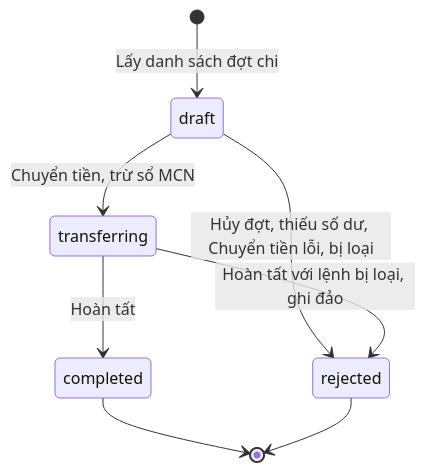
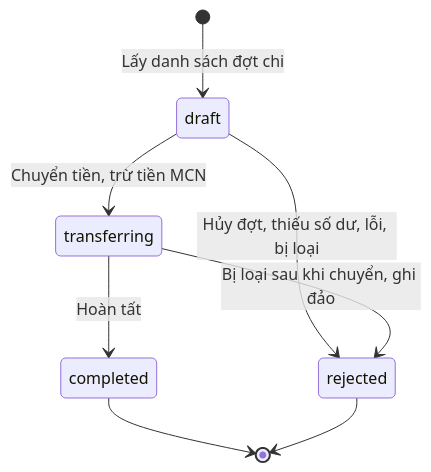
The fifth of 5 diagrams in mcn/techspec-mcn-phase1-2026-11-04.md (viewboost/accesstrade-docs), drawn with Mermaid before and after one commit. The commit also changed other lines of this file, not shown here.

Commit message:
docs(mcn): tech spec v3.0 - gop cac ban 1.0, 2.0, 2.1 thanh mot ban, viet gon (1402 -> 861 dong): bo phan so sanh giua cac ban, gop tom tat va hoi dap voi phan chi tiet, ADR thanh bang quyet dinh, cap nhat viec con lai theo code 9a599f27c

````diff
--- a/mcn/techspec-mcn-phase1-2026-11-04.md
+++ b/mcn/techspec-mcn-phase1-2026-11-04.md
@@ -854,10 +405,10 @@
 ```mermaid
 stateDiagram-v2
   [*] --> draft : Lấy danh sách đợt chi
-  draft --> rejected : Hủy đợt, thiếu số dư, Chuyển tiền lỗi, bị loại
-  draft --> transferring : Chuyển tiền, trừ sổ MCN
+  draft --> rejected : Hủy đợt, thiếu số dư, lỗi, bị loại
+  draft --> transferring : Chuyển tiền, trừ tiền MCN
   transferring --> completed : Hoàn tất
-  transferring --> rejected : Hoàn tất với lệnh bị loại, ghi đảo
+  transferring --> rejected : Bị loại sau khi chuyển, ghi đảo
   completed --> [*]
   rejected --> [*]
 ```
````
